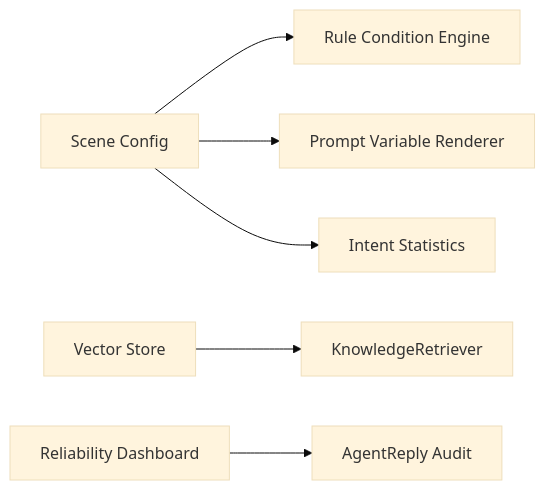
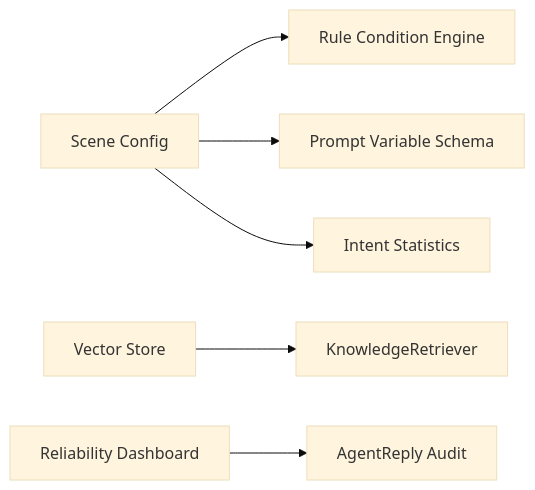
One commit to anjing-le/agent-customer-service changed the second of 2 diagrams in project_document/DOMAIN_MODEL.md. Above: the diagram before and after it, drawn with Mermaid (base theme). The commit also changed other lines of this file and 10 other files, not shown here.

````diff
--- a/project_document/DOMAIN_MODEL.md
+++ b/project_document/DOMAIN_MODEL.md
@@ -67,8 +68,8 @@
 ```mermaid
 flowchart LR
     A["Scene Config"] --> B["Rule Condition Engine"]
-    A --> C["Prompt Variable Renderer"]
+    A --> C["Prompt Variable Schema"]
     A --> D["Intent Statistics"]
     E["Vector Store"] --> F["KnowledgeRetriever"]
     G["Reliability Dashboard"] --> H["AgentReply Audit"]
 ```
````
